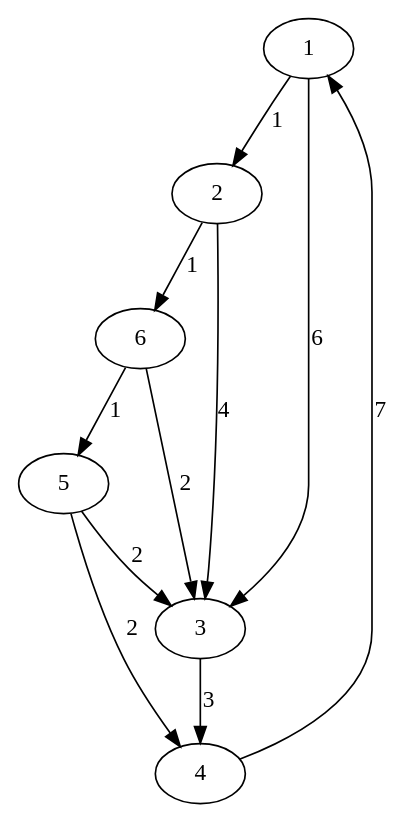
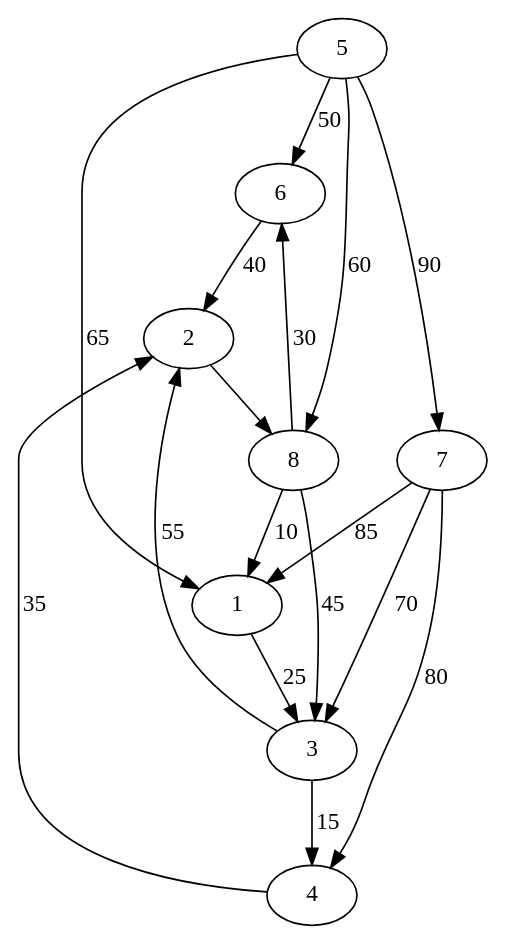
One commit to AsierDelCidPerez/formacion-oic changed the diagram in grafo.dot. Above: the diagram before and after it, drawn with Graphviz. The commit also changed 29 other files, not shown here.

```diff
--- a/grafo.dot
+++ b/grafo.dot
@@ -1,12 +1,18 @@
 digraph G {
-1->2 [label="1"]
-2->6 [label="1"]
-2->3 [label="4"]
-6->3 [label="2"]
-6->5 [label="1"]
-5->3 [label="2"]
-1->3 [label="6"]
-5->4 [label="2"]
-3->4 [label="3"]
-4->1 [label="7"]
+5->6 [label="50"]
+5->1 [label="65"]
+5->8 [label="60"]
+5->7 [label="90"]
+7->1 [label="85"]
+7->4 [label="80"]
+7->3 [label="70"]
+3->4 [label="15"]
+3->2 [label="55"]
+4->2 [label="35"]
+8->3 [label="45"]
+8->1 [label="10"]
+1->3 [label="25"]
+6->2 [label="40"]
+8->6 [label="30"]
+2->8
 }
```
